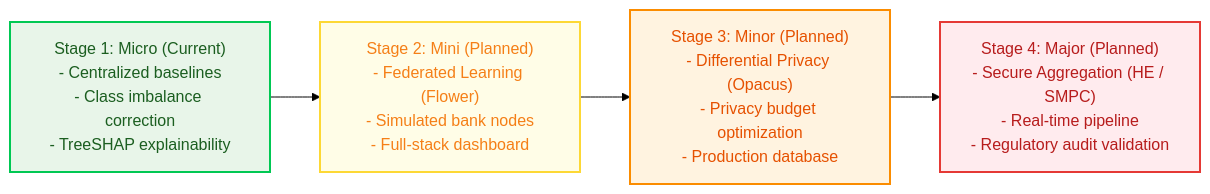
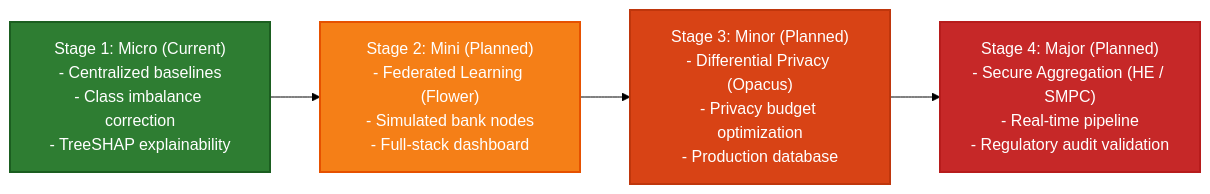
The fourth of 4 diagrams in ARCHITECTURE.md (End-2007/Privacy-Preserving-Multi-Institutional-Financial-Fraud-Detection), drawn with Mermaid (forest theme) before and after one commit. The commit also changed other lines of this file and 1 other file, not shown here.

````diff
--- a/ARCHITECTURE.md
+++ b/ARCHITECTURE.md
@@ -144,14 +144,14 @@
 ```mermaid
 flowchart LR
     S1["Stage 1: Micro (Current)\n- Centralized baselines\n- Class imbalance correction\n- TreeSHAP explainability"]
     S2["Stage 2: Mini (Planned)\n- Federated Learning (Flower)\n- Simulated bank nodes\n- Full-stack dashboard"]
     S3["Stage 3: Minor (Planned)\n- Differential Privacy (Opacus)\n- Privacy budget optimization\n- Production database"]
     S4["Stage 4: Major (Planned)\n- Secure Aggregation (HE / SMPC)\n- Real-time pipeline\n- Regulatory audit validation"]
 
     S1 --> S2 --> S3 --> S4
 
-    style S1 fill:#E8F5E9,stroke:#00C853,stroke-width:2px,color:#1B5E20
-    style S2 fill:#FFFDE7,stroke:#FDD835,stroke-width:2px,color:#F57F17
-    style S3 fill:#FFF3E0,stroke:#FB8C00,stroke-width:2px,color:#E65100
-    style S4 fill:#FFEBEE,stroke:#E53935,stroke-width:2px,color:#B71C1C
+    style S1 fill:#2E7D32,stroke:#1B5E20,stroke-width:2px,color:#ffffff
+    style S2 fill:#F57F17,stroke:#E65100,stroke-width:2px,color:#ffffff
+    style S3 fill:#D84315,stroke:#BF360C,stroke-width:2px,color:#ffffff
+    style S4 fill:#C62828,stroke:#B71C1C,stroke-width:2px,color:#ffffff
 ```
````
